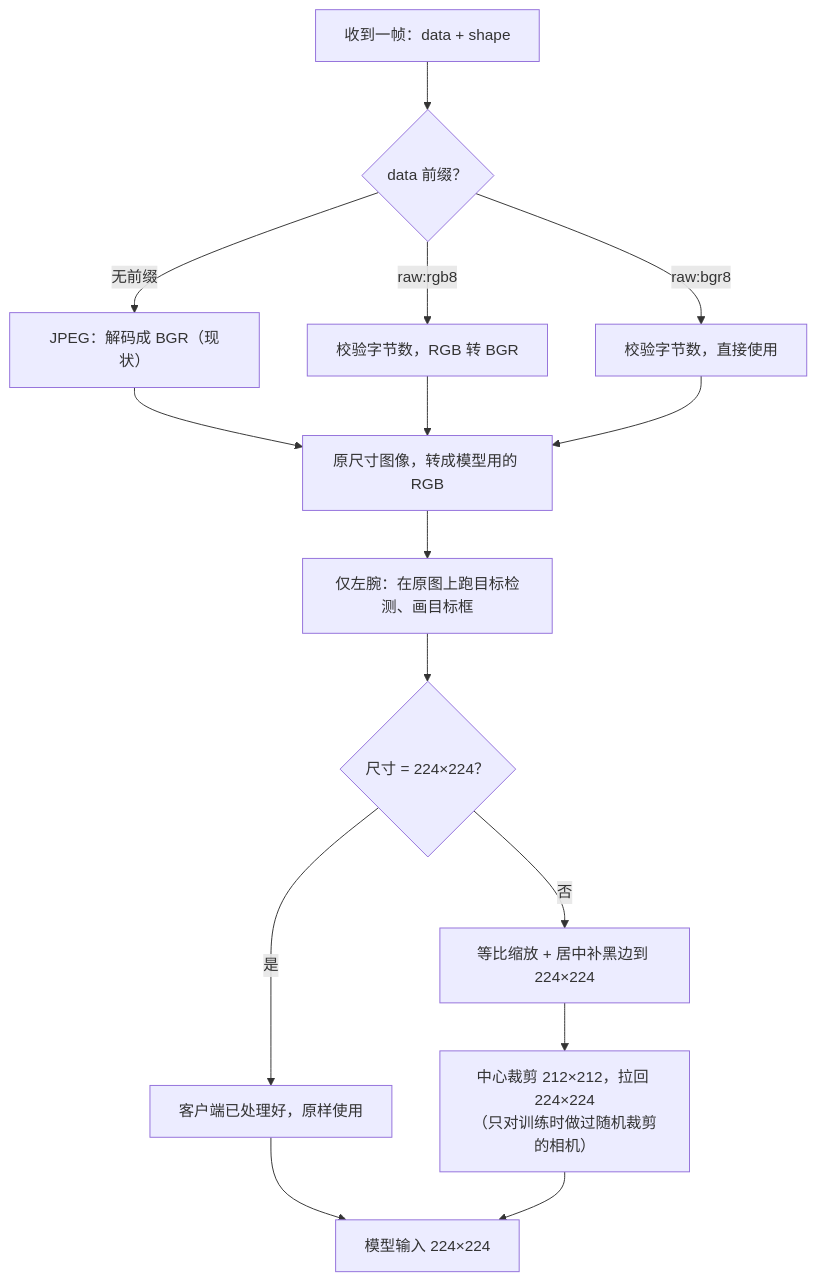
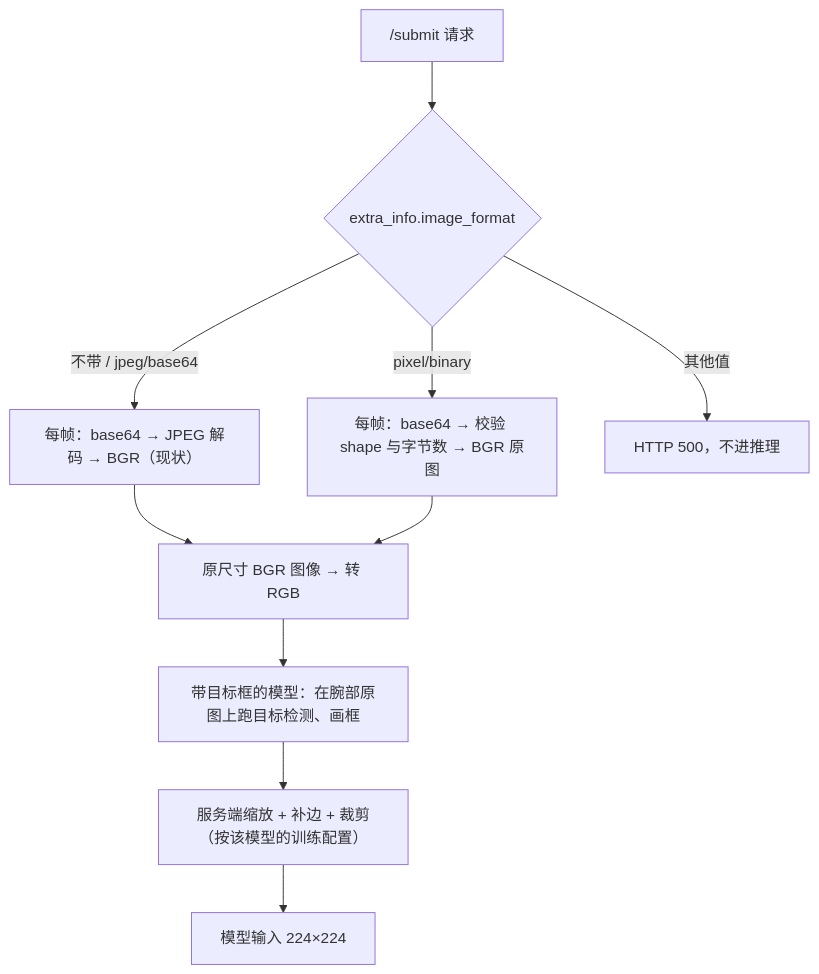
The diagram in robot-image-transport/README.md (shockjiang/share_gist), drawn with Mermaid before and after one commit. The commit also changed other lines of this file, not shown here.

Commit message:
robot-image-transport: implemented as extra_info.image_format (jpeg/base64 default | pixel/binary); clients never pad; tested cases; old-server fallback

````diff
--- a/robot-image-transport/README.md
+++ b/robot-image-transport/README.md
@@ -50,17 +53,12 @@
 ```mermaid
 flowchart TD
-    A["收到一帧：data + shape"] --> B{"data 前缀？"}
-    B -->|无前缀| C["JPEG：解码成 BGR（现状）"]
-    B -->|raw:rgb8| D["校验字节数，RGB 转 BGR"]
-    B -->|raw:bgr8| E["校验字节数，直接使用"]
-    C --> F["原尺寸图像，转成模型用的 RGB"]
+    A["/submit 请求"] --> B{"extra_info.image_format"}
+    B -->|"不带 / jpeg/base64"| C["每帧：base64 → JPEG 解码 → BGR（现状）"]
+    B -->|"pixel/binary"| D["每帧：base64 → 校验 shape 与字节数 → BGR 原图"]
+    B -->|其他值| X["HTTP 500，不进推理"]
+    C --> F["原尺寸 BGR 图像 → 转 RGB"]
     D --> F
-    E --> F
-    F --> G["仅左腕：在原图上跑目标检测、画目标框"]
-    G --> H{"尺寸 = 224×224？"}
-    H -->|是| I["客户端已处理好，原样使用"]
-    H -->|否| J["等比缩放 + 居中补黑边到 224×224"]
-    J --> K["中心裁剪 212×212，拉回 224×224<br/>（只对训练时做过随机裁剪的相机）"]
-    I --> M["模型输入 224×224"]
-    K --> M
+    F --> G["带目标框的模型：在腕部原图上跑目标检测、画框"]
+    G --> H["服务端缩放 + 补边 + 裁剪（按该模型的训练配置）"]
+    H --> M["模型输入 224×224"]
 ```
````
